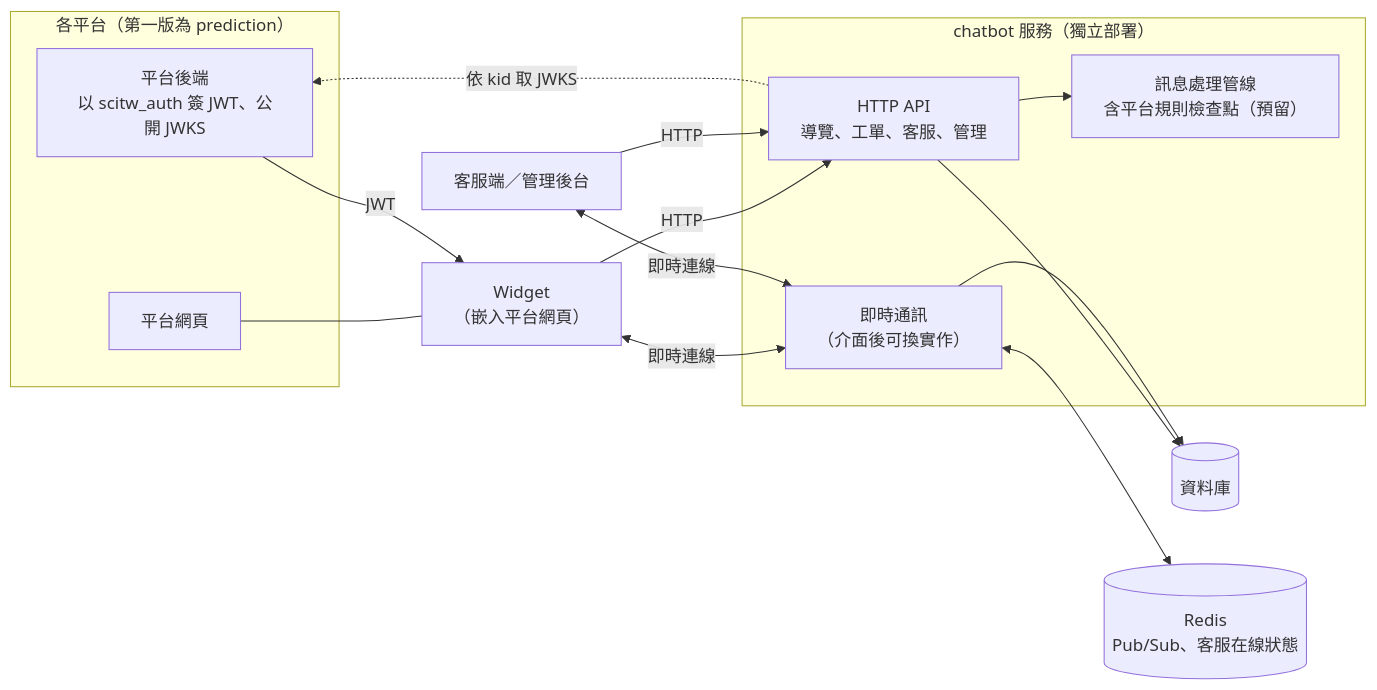
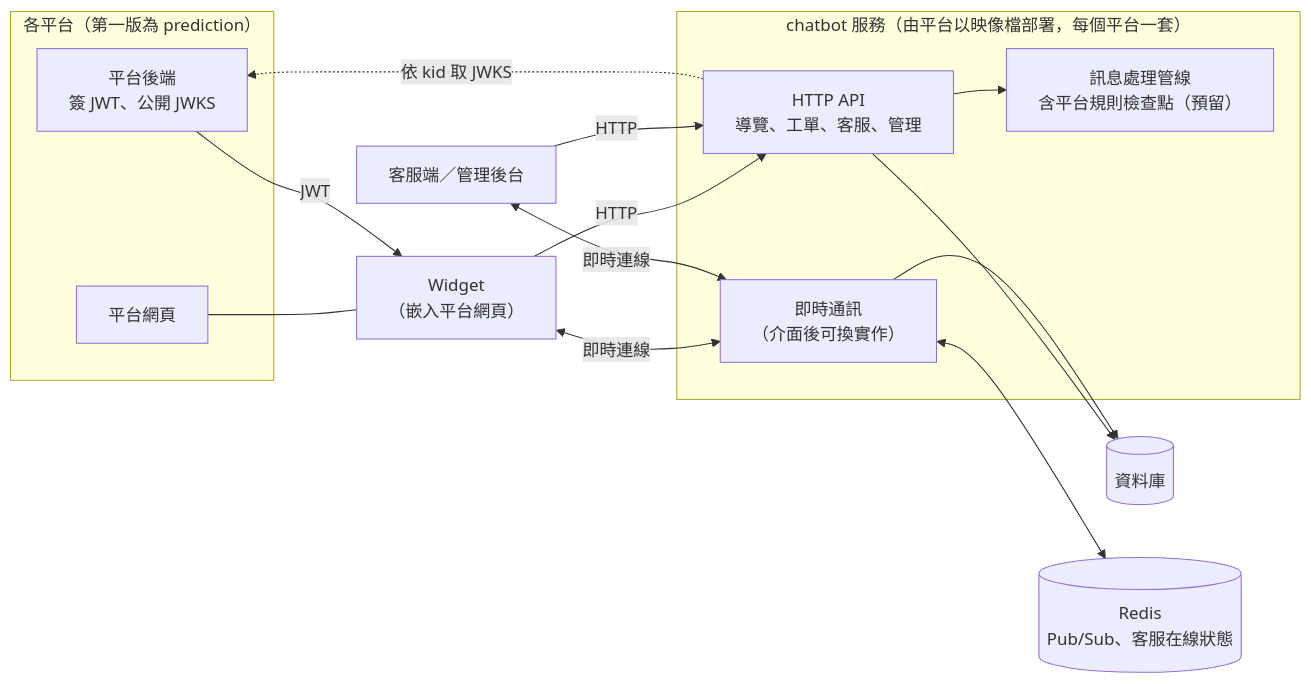
One commit to z-jinhan/chatbot changed the first of 4 diagrams in mvp.md. Above: the diagram before and after it, drawn with Mermaid. The commit also changed other lines of this file, not shown here.

Commit message:
docs(mvp): 第一版改為單平台部署，平台以標準 JWT 接入、Widget 隨服務提供

````diff
--- a/mvp.md
+++ b/mvp.md
@@ -28,28 +29,28 @@
 ```mermaid
 flowchart LR
   subgraph PF["各平台（第一版為 prediction）"]
-    PB["平台後端<br/>以 scitw_auth 簽 JWT、公開 JWKS"]
+    PB["平台後端<br/>簽 JWT、公開 JWKS"]
     PW["平台網頁"]
   end
   W["Widget<br/>（嵌入平台網頁）"]
   C["客服端／管理後台"]
-  subgraph CB["chatbot 服務（獨立部署）"]
+  subgraph CB["chatbot 服務（由平台以映像檔部署，每個平台一套）"]
     API["HTTP API<br/>導覽、工單、客服、管理"]
     RT["即時通訊<br/>（介面後可換實作）"]
     PIPE["訊息處理管線<br/>含平台規則檢查點（預留）"]
   end
   DB[("資料庫")]
   R[("Redis<br/>Pub/Sub、客服在線狀態")]
 
   PW --- W
   PB -->|JWT| W
   W -->|HTTP| API
   W <-->|即時連線| RT
   C -->|HTTP| API
   C <-->|即時連線| RT
   API --> PIPE
   API --> DB
   RT --> DB
   RT <--> R
   API -.->|依 kid 取 JWKS| PB
 ```
````
